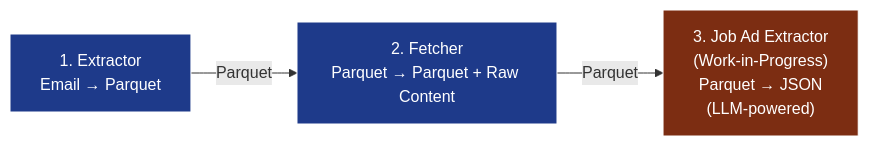
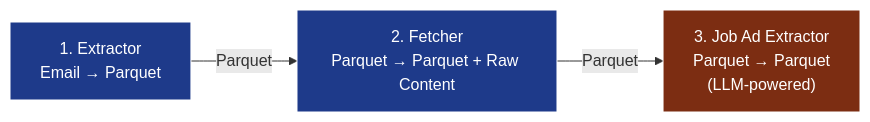
Before and after one commit to luismottacampos/european-remote-data-pipeline: the first of 2 diagrams in README.md, drawn with Mermaid. The commit also changed other lines of this file, not shown here.

````diff
--- a/README.md
+++ b/README.md
@@ -43,8 +44,8 @@
 ```mermaid
 flowchart LR
     Extractor["1. Extractor\nEmail → Parquet"] -->|Parquet| Fetcher["2. Fetcher\nParquet → Parquet + Raw Content"]
-    Fetcher -->|Parquet| JobAdExtractor["3. Job Ad Extractor\n(Work-in-Progress)\nParquet → JSON\n(LLM-powered)"]
+    Fetcher -->|Parquet| JobAdExtractor["3. Job Ad Extractor\nParquet → Parquet\n(LLM-powered)"]
     style Extractor fill:#1e3a8a,stroke:#fff,color:#fff
     style Fetcher fill:#1e3a8a,stroke:#fff,color:#fff
     style JobAdExtractor fill:#7c2d12,stroke:#fff,color:#fff
 ```
````
